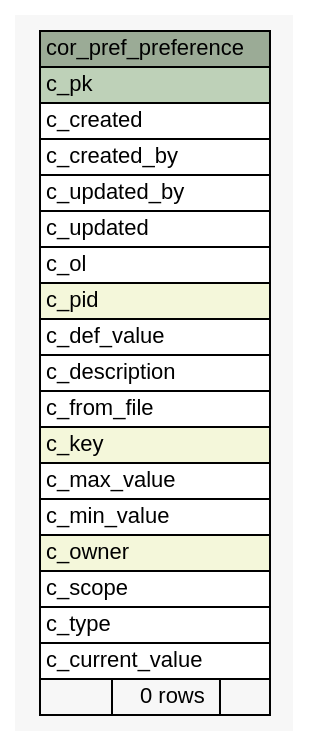
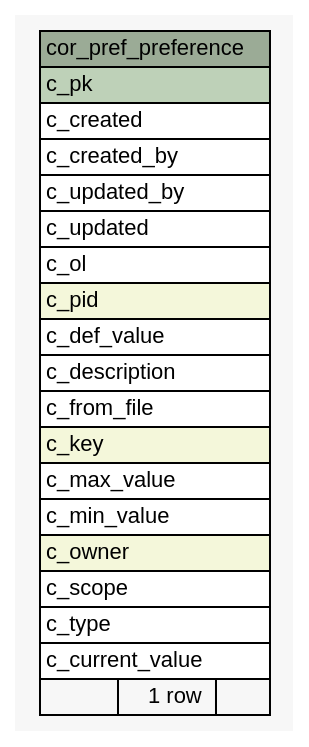
The diagram in 1.0.0-SNAPSHOT/schemaspy/diagrams/summary/cor_pref_preference.1degree.dot (openwms/org.openwms.core.preferences.lib), drawn with Graphviz before and after one commit. The commit also changed 31 other files, not shown here.

```diff
--- a/1.0.0-SNAPSHOT/schemaspy/diagrams/summary/cor_pref_preference.1degree.dot
+++ b/1.0.0-SNAPSHOT/schemaspy/diagrams/summary/cor_pref_preference.1degree.dot
@@ -1,46 +1,46 @@
-// dot 2.43.0 on Linux 5.15.0-1017-azure
+// dot 2.43.0 on Linux 5.15.0-1020-azure
 // SchemaSpy rev Unknown
 digraph "cor_pref_preference" {
   graph [
     rankdir="RL"
     bgcolor="#f7f7f7"
     nodesep="0.18"
     ranksep="0.46"
     fontname="Helvetica"
     fontsize="11"
   ];
   node [
     fontname="Helvetica"
     fontsize="11"
     shape="plaintext"
   ];
   edge [
     arrowsize="0.8"
   ];
   "cor_pref_preference" [
     label=<
     <TABLE BORDER="0" CELLBORDER="1" CELLSPACING="0" BGCOLOR="#ffffff">
       <TR><TD COLSPAN="3" BGCOLOR="#9bab96" ALIGN="CENTER">cor_pref_preference</TD></TR>
       <TR><TD PORT="c_pk" COLSPAN="3" BGCOLOR="#bed1b8" ALIGN="LEFT">c_pk</TD></TR>
       <TR><TD PORT="c_created" COLSPAN="3" ALIGN="LEFT">c_created</TD></TR>
       <TR><TD PORT="c_created_by" COLSPAN="3" ALIGN="LEFT">c_created_by</TD></TR>
       <TR><TD PORT="c_updated_by" COLSPAN="3" ALIGN="LEFT">c_updated_by</TD></TR>
       <TR><TD PORT="c_updated" COLSPAN="3" ALIGN="LEFT">c_updated</TD></TR>
       <TR><TD PORT="c_ol" COLSPAN="3" ALIGN="LEFT">c_ol</TD></TR>
       <TR><TD PORT="c_pid" COLSPAN="3" BGCOLOR="#f4f7da" ALIGN="LEFT">c_pid</TD></TR>
       <TR><TD PORT="c_def_value" COLSPAN="3" ALIGN="LEFT">c_def_value</TD></TR>
       <TR><TD PORT="c_description" COLSPAN="3" ALIGN="LEFT">c_description</TD></TR>
       <TR><TD PORT="c_from_file" COLSPAN="3" ALIGN="LEFT">c_from_file</TD></TR>
       <TR><TD PORT="c_key" COLSPAN="3" BGCOLOR="#f4f7da" ALIGN="LEFT">c_key</TD></TR>
       <TR><TD PORT="c_max_value" COLSPAN="3" ALIGN="LEFT">c_max_value</TD></TR>
       <TR><TD PORT="c_min_value" COLSPAN="3" ALIGN="LEFT">c_min_value</TD></TR>
       <TR><TD PORT="c_owner" COLSPAN="3" BGCOLOR="#f4f7da" ALIGN="LEFT">c_owner</TD></TR>
       <TR><TD PORT="c_scope" COLSPAN="3" ALIGN="LEFT">c_scope</TD></TR>
       <TR><TD PORT="c_type" COLSPAN="3" ALIGN="LEFT">c_type</TD></TR>
       <TR><TD PORT="c_current_value" COLSPAN="3" ALIGN="LEFT">c_current_value</TD></TR>
-      <TR><TD ALIGN="LEFT" BGCOLOR="#f7f7f7">  </TD><TD ALIGN="RIGHT" BGCOLOR="#f7f7f7">0 rows</TD><TD ALIGN="RIGHT" BGCOLOR="#f7f7f7">  </TD></TR>
+      <TR><TD ALIGN="LEFT" BGCOLOR="#f7f7f7">  </TD><TD ALIGN="RIGHT" BGCOLOR="#f7f7f7">1 row</TD><TD ALIGN="RIGHT" BGCOLOR="#f7f7f7">  </TD></TR>
     </TABLE>>
     URL="tables/cor_pref_preference.html"
     tooltip="cor_pref_preference"
   ];
 }
```
